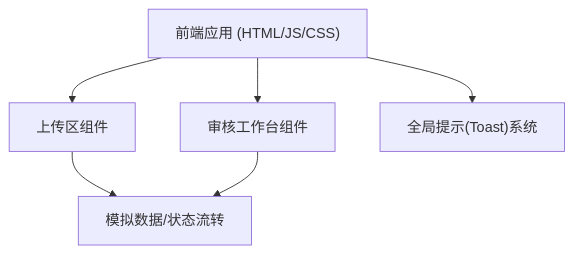
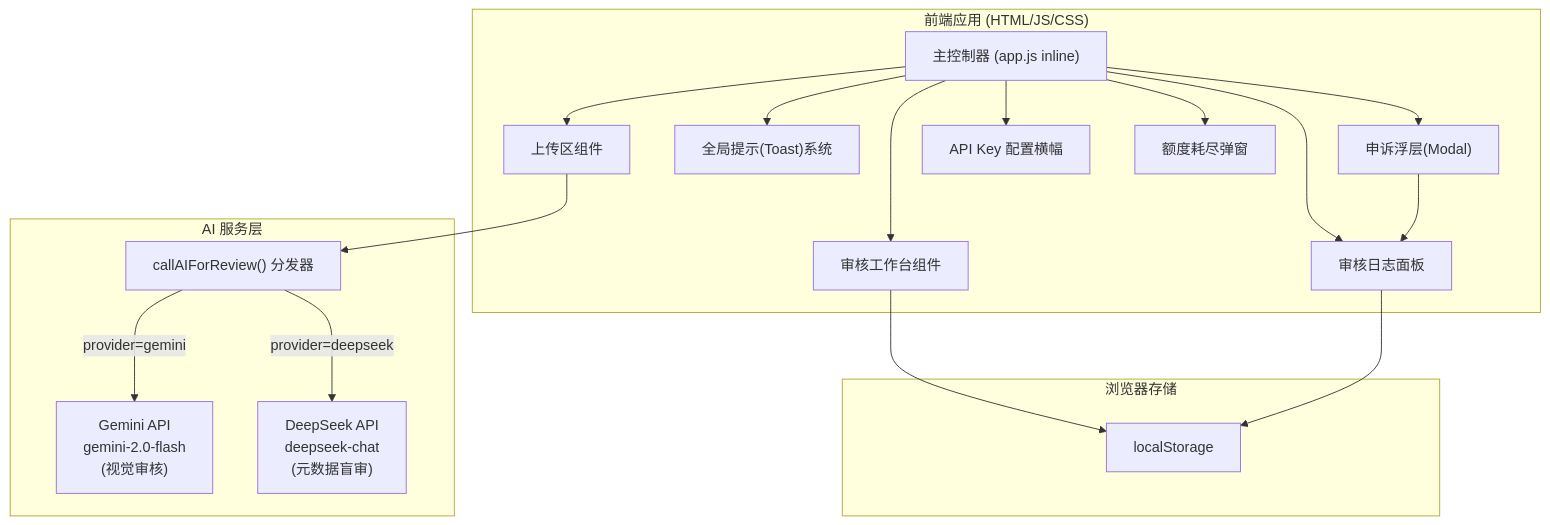
Before and after one commit to xiaoxianxian/photo-audit-demo: the first of 2 diagrams in .trae/documents/tech-arch.md, drawn with Mermaid. The commit also changed other lines of this file and 2 other files, not shown here.

````diff
--- a/.trae/documents/tech-arch.md
+++ b/.trae/documents/tech-arch.md
@@ -2,8 +3,39 @@
 ```mermaid
 graph TD
-    A["前端应用 (HTML/JS/CSS)"] --> B["上传区组件"]
-    A --> C["审核工作台组件"]
-    A --> D["全局提示(Toast)系统"]
-    B --> E["模拟数据/状态流转"]
-    C --> E
+    subgraph "前端应用 (HTML/JS/CSS)"
+        A["主控制器 (app.js inline)"]
+        B["上传区组件"]
+        C["审核工作台组件"]
+        D["全局提示(Toast)系统"]
+        E["审核日志面板"]
+        F["申诉浮层(Modal)"]
+        G["API Key 配置横幅"]
+        H["额度耗尽弹窗"]
+    end
+
+    subgraph "AI 服务层"
+        I["callAIForReview() 分发器"]
+        J["Gemini API<br/>gemini-2.0-flash<br/>(视觉审核)"]
+        K["DeepSeek API<br/>deepseek-chat<br/>(元数据盲审)"]
+    end
+
+    subgraph "浏览器存储"
+        L["localStorage"]
+    end
+
+    A --> B
+    A --> C
+    A --> D
+    A --> E
+    A --> F
+    A --> G
+    A --> H
+
+    B --> I
+    I -->|provider=gemini| J
+    I -->|provider=deepseek| K
+
+    C --> L
+    E --> L
+    F --> E
 ```
````
